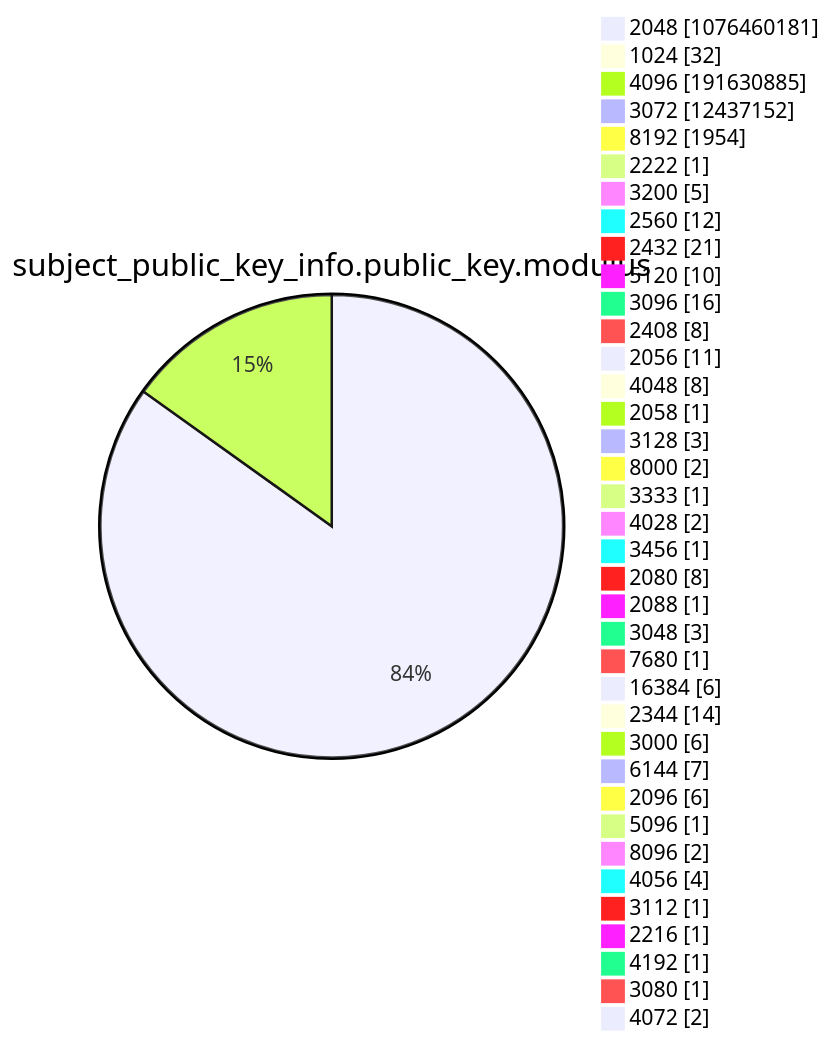
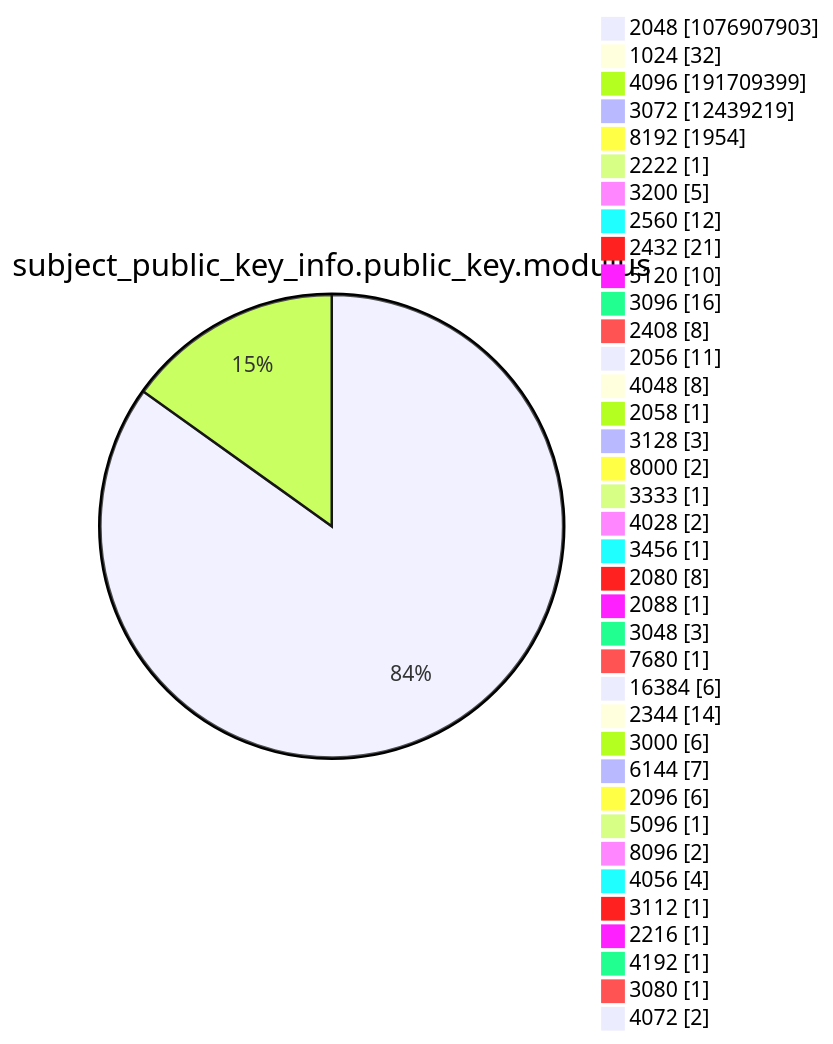
One commit to christiankrug/ctmonitor_visualization changed diagram 13 of 15 in argon2022/README.md. Above: the diagram before and after it, drawn with Mermaid. The commit also changed other lines of this file, not shown here.

````diff
--- a/argon2022/README.md
+++ b/argon2022/README.md
@@ -3589,41 +3589,41 @@
 ```mermaid
 pie showData
 title subject_public_key_info.public_key.modulus
-"2048" :1076460181
+"2048" :1076907903
 "1024" :32
-"4096" :191630885
-"3072" :12437152
+"4096" :191709399
+"3072" :12439219
 "8192" :1954
 "2222" :1
 "3200" :5
 "2560" :12
 "2432" :21
 "5120" :10
 "3096" :16
 "2408" :8
 "2056" :11
 "4048" :8
 "2058" :1
 "3128" :3
 "8000" :2
 "3333" :1
 "4028" :2
 "3456" :1
 "2080" :8
 "2088" :1
 "3048" :3
 "7680" :1
 "16384" :6
 "2344" :14
 "3000" :6
 "6144" :7
 "2096" :6
 "5096" :1
 "8096" :2
 "4056" :4
 "3112" :1
 "2216" :1
 "4192" :1
 "3080" :1
 "4072" :2
 ```
````
